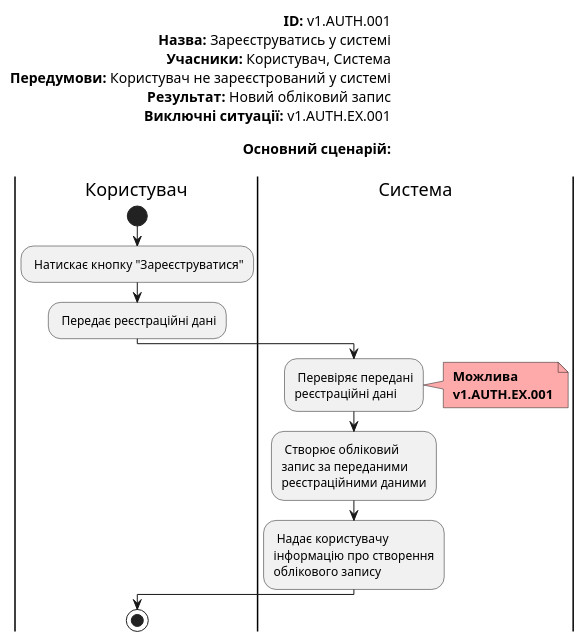
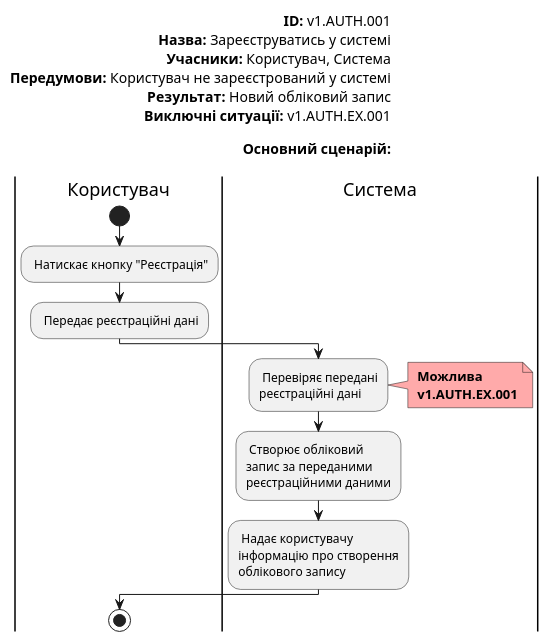
The fifth of 19 diagrams in docs/use cases/README.md (ic3top/QuizHub), drawn with PlantUML before and after one commit. The commit also changed other lines of this file, not shown here.

```diff
--- a/docs/use cases/README.md
+++ b/docs/use cases/README.md
@@ -13,38 +90,38 @@
 @startuml
 
     left header
         <font color=000 size=14><b>ID:</b> v1.AUTH.001
         <font color=000 size=14><b>Назва:</b> Зареєструватись у системі
         <font color=000 size=14><b>Учасники:</b> Користувач, Система
         <font color=000 size=14><b>Передумови:</b> Користувач не зареєстрований у системі
         <font color=000 size=14><b>Результат:</b> Новий обліковий запис
         <font color=000 size=14><b>Виключні ситуації:</b> v1.AUTH.EX.001
 
         <font color=000 size=14><b>Основний сценарій:</b>
 
     end header
 
     |Користувач|
         start
-        : Натискає кнопку "Зареєструватися";
+        : Натискає кнопку "Реєстрація";
         : Передає реєстраційні дані;
     |Система|
         : Перевіряє передані
         реєстраційні дані;
         note right #ffaaaa
         <b> Можлива
         <b> v1.AUTH.EX.001
         end note
 
         : Створює обліковий
         запис за переданими
         реєстраційними даними;
 
         : Надає користувачу
         інформацію про створення
         облікового запису;
 
     |Користувач|
         stop;
 
 @enduml
```
